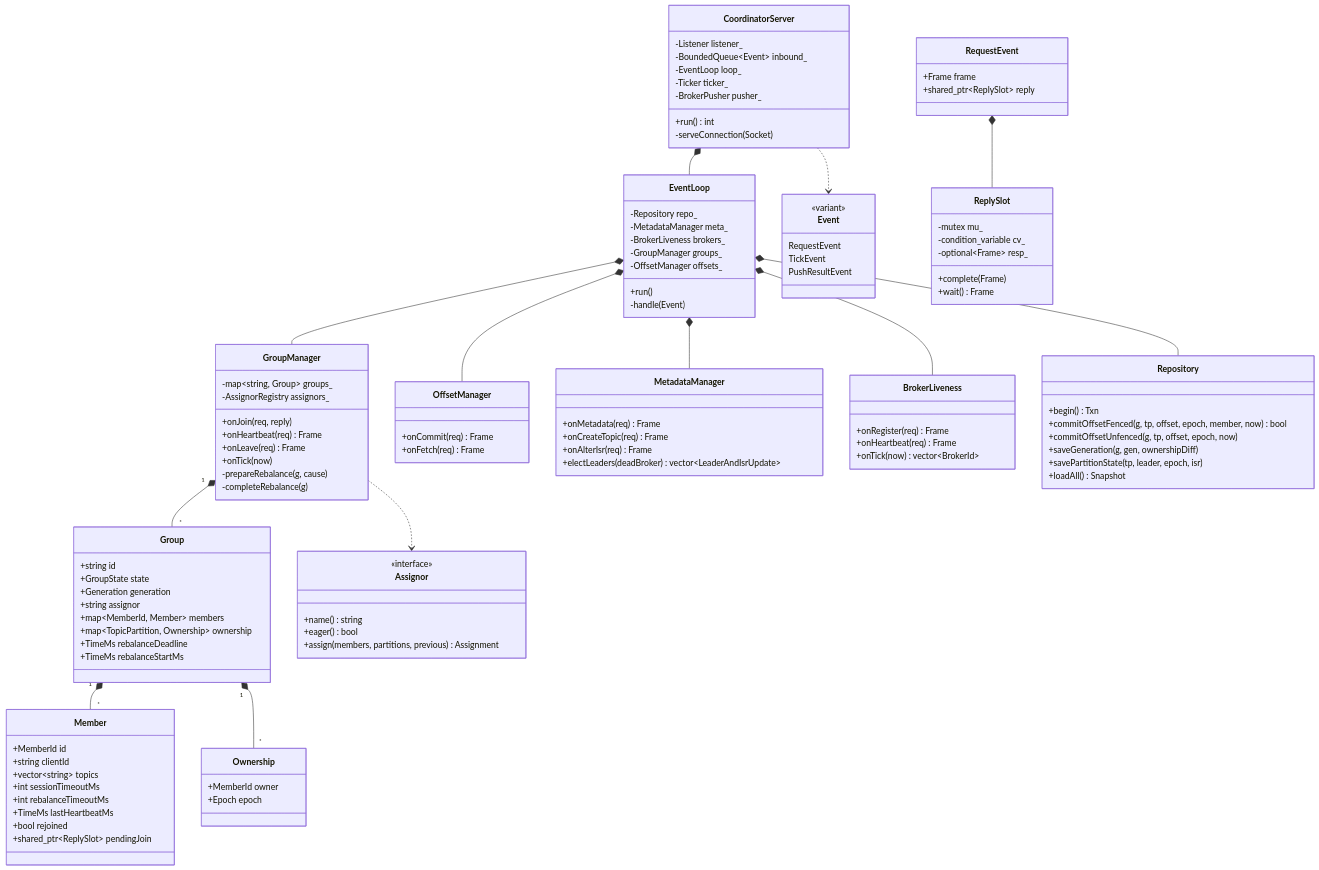
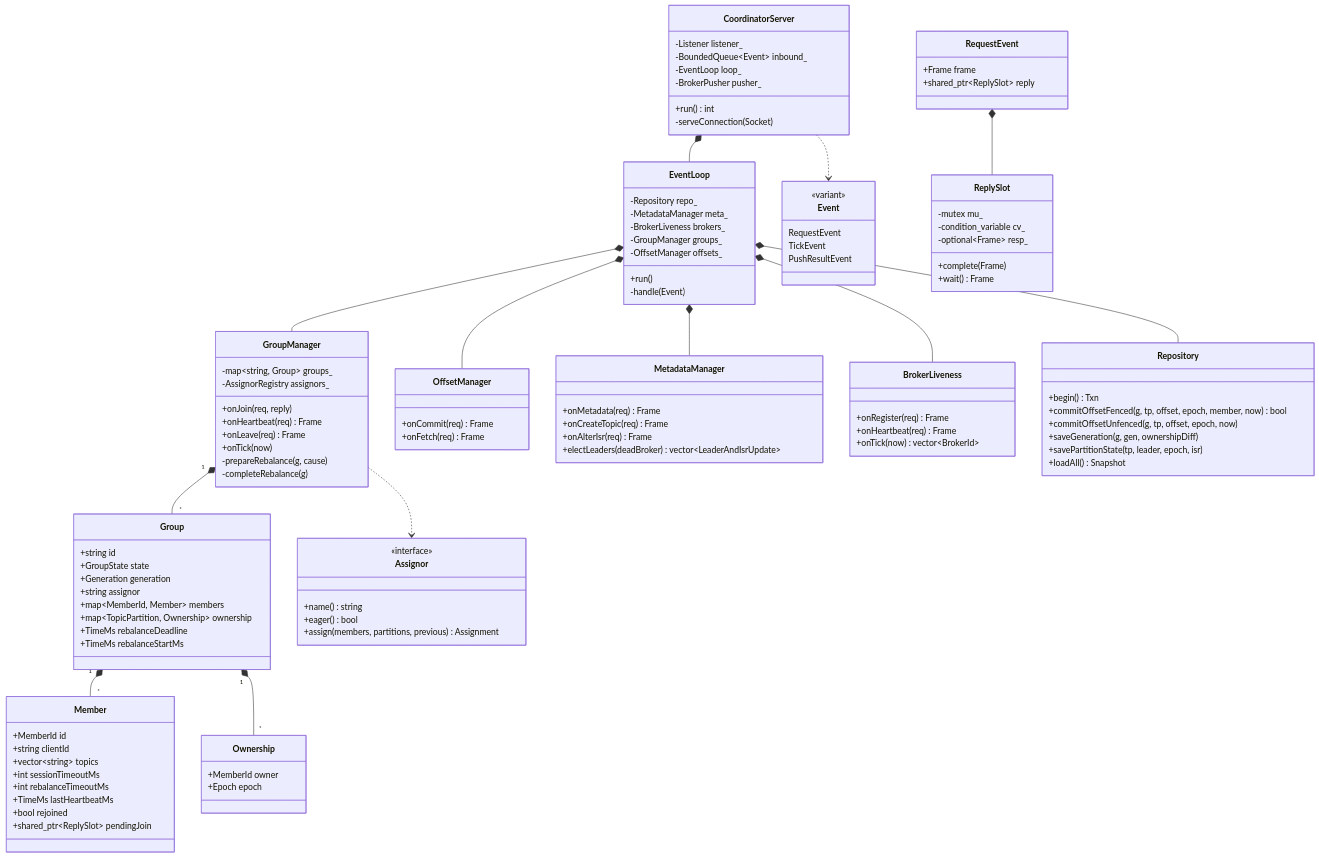
The fourth of 6 diagrams in docs/low-level-design.md (shubhamZXCV/kafka), drawn with Mermaid before and after one commit. The commit also changed other lines of this file, not shown here.

```diff
--- a/docs/low-level-design.md
+++ b/docs/low-level-design.md
@@ -1183,7 +1184,6 @@
         -Listener listener_
         -BoundedQueue~Event~ inbound_
         -EventLoop loop_
-        -Ticker ticker_
         -BrokerPusher pusher_
         +run() int
         -serveConnection(Socket)
```
